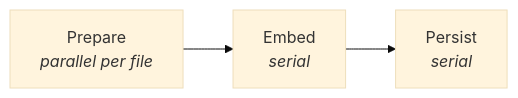
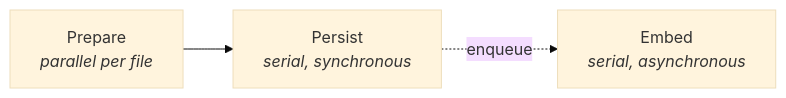
The first of 2 diagrams in docs/pipeline.md (key/the-space-memory), drawn with Mermaid (base theme) before and after one commit. The commit also changed other lines of this file and 2 other files, not shown here.

````diff
--- a/docs/pipeline.md
+++ b/docs/pipeline.md
@@ -29,5 +34,5 @@
 ```mermaid
 flowchart LR
-    P["Prepare<br/><i>parallel per file</i>"] --> E["Embed<br/><i>serial</i>"]
-    E --> W["Persist<br/><i>serial</i>"]
+    P["Prepare<br/><i>parallel per file</i>"] --> W["Persist<br/><i>serial, synchronous</i>"]
+    W -. "enqueue" .-> E["Embed<br/><i>serial, asynchronous</i>"]
 ```
````
